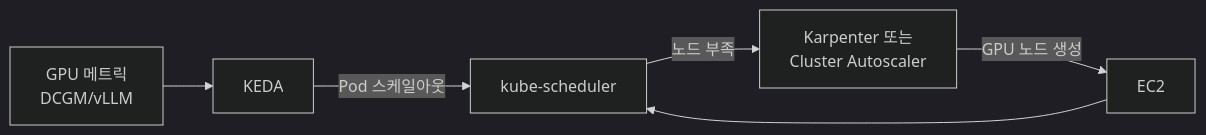
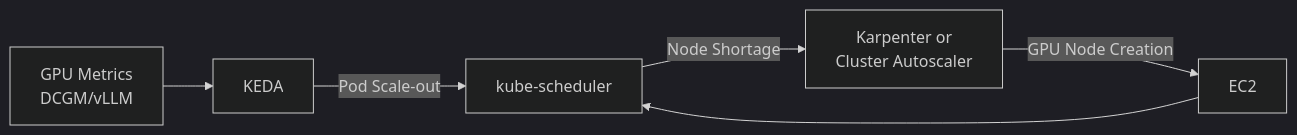
One commit to devfloor9/engineering-playbook changed the second of 3 diagrams in docs/agentic-ai-platform/model-serving/gpu-infrastructure/gpu-resource-management.md. Above: the diagram before and after it, drawn with Mermaid (dark theme). The commit also changed other lines of this file and 954 other files, not shown here.

````diff
--- a/docs/agentic-ai-platform/model-serving/gpu-infrastructure/gpu-resource-management.md
+++ b/docs/agentic-ai-platform/model-serving/gpu-infrastructure/gpu-resource-management.md
@@ -383,8 +383,8 @@
 ```mermaid
 flowchart LR
-    M[GPU 메트릭<br/>DCGM/vLLM] --> KEDA[KEDA]
-    KEDA -->|Pod 스케일아웃| S[kube-scheduler]
-    S -->|노드 부족| K[Karpenter 또는<br/>Cluster Autoscaler]
-    K -->|GPU 노드 생성| N[EC2]
+    M[GPU Metrics<br/>DCGM/vLLM] --> KEDA[KEDA]
+    KEDA -->|Pod Scale-out| S[kube-scheduler]
+    S -->|Node Shortage| K[Karpenter or<br/>Cluster Autoscaler]
+    K -->|GPU Node Creation| N[EC2]
     N --> S
 ```
````
